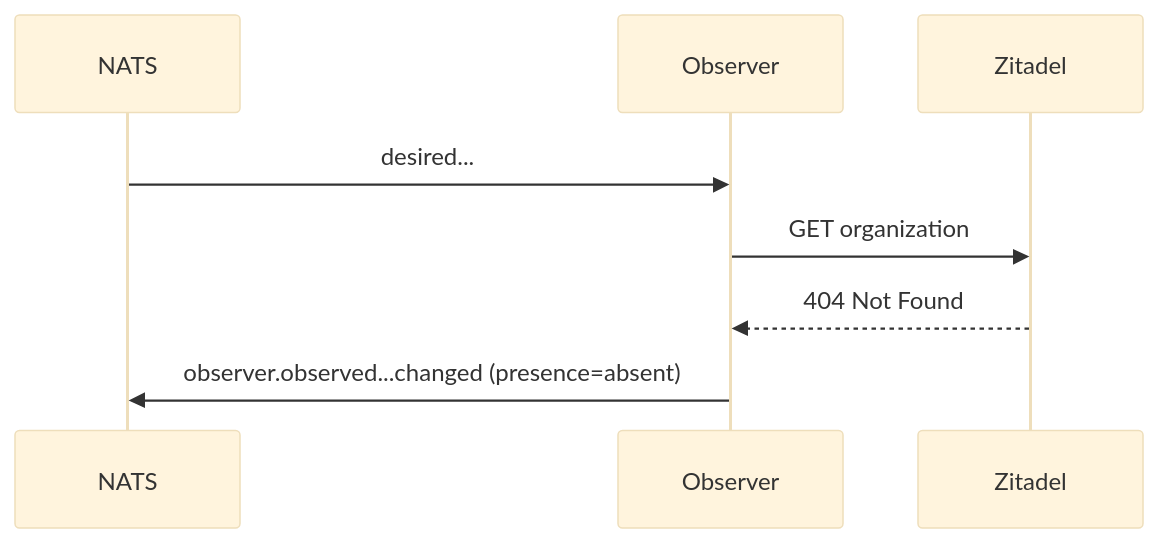
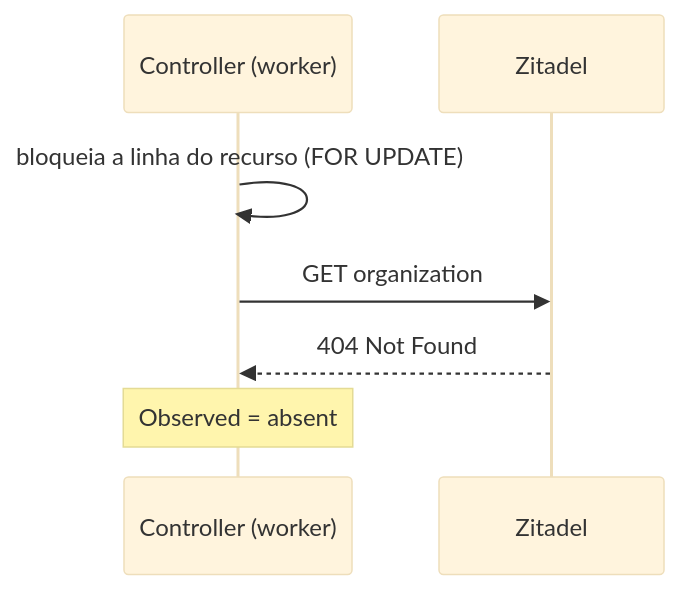
Before and after one commit to danielsabatini/smarkee: the eighth of 16 diagrams in docs/loop/RESOURCE-CONTROL-LOOP.md, drawn with Mermaid (base theme). The commit also changed other lines of this file, not shown here.

````diff
--- a/docs/loop/RESOURCE-CONTROL-LOOP.md
+++ b/docs/loop/RESOURCE-CONTROL-LOOP.md
@@ -690,11 +601,10 @@
 ```mermaid
 sequenceDiagram
-    participant NATS
-    participant Observer
+    participant Worker as Controller (worker)
     participant Zitadel
 
-    NATS->>Observer: desired...
-    Observer->>Zitadel: GET organization
-    Zitadel-->>Observer: 404 Not Found
-    Observer->>NATS: observer.observed...changed (presence=absent)
+    Worker->>Worker: bloqueia a linha do recurso (FOR UPDATE)
+    Worker->>Zitadel: GET organization
+    Zitadel-->>Worker: 404 Not Found
+    Note over Worker: Observed = absent
 ```
````
